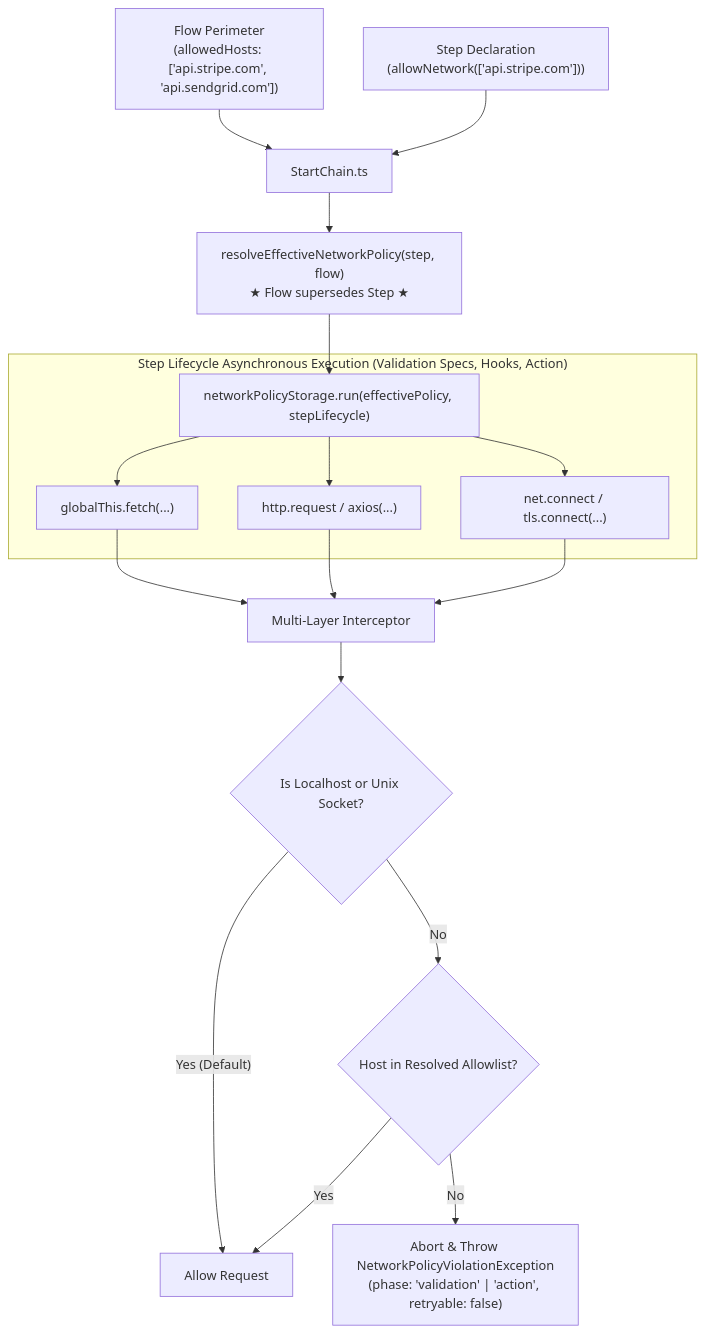
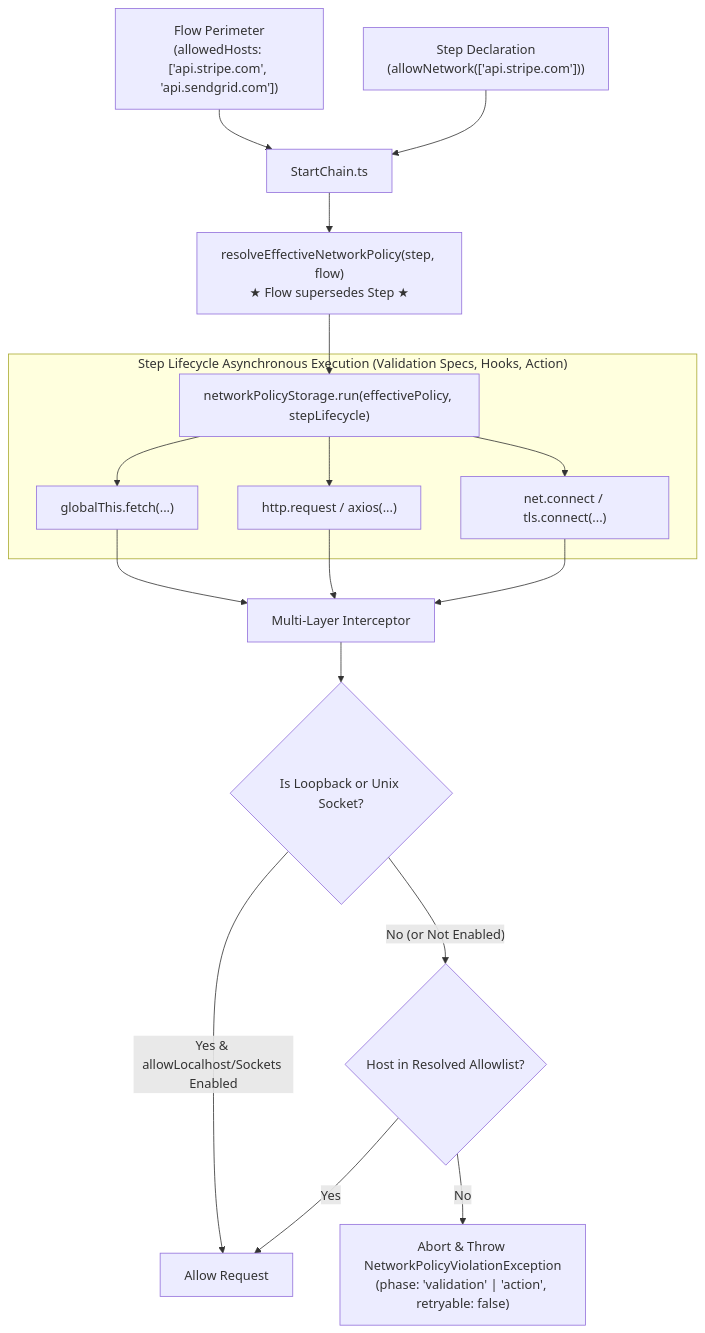
The diagram in docs/network-egress-policy.md (jsoftgem/siglo), drawn with Mermaid before and after one commit. The commit also changed other lines of this file and 78 other files, not shown here.

````diff
--- a/docs/network-egress-policy.md
+++ b/docs/network-egress-policy.md
@@ -30,25 +35,25 @@
 ```mermaid
 flowchart TD
     Flow["Flow Perimeter<br/>(allowedHosts: ['api.stripe.com', 'api.sendgrid.com'])"] --> StartChain["StartChain.ts"]
     Step["Step Declaration<br/>(allowNetwork(['api.stripe.com']))"] --> StartChain
 
     StartChain --> Resolver["resolveEffectiveNetworkPolicy(step, flow)<br/>★ Flow supersedes Step ★"]
     Resolver --> ASL["networkPolicyStorage.run(effectivePolicy, stepLifecycle)"]
 
     subgraph StepExecution ["Step Lifecycle Asynchronous Execution (Validation Specs, Hooks, Action)"]
         ASL --> Fetch["globalThis.fetch(...)"]
         ASL --> HttpReq["http.request / axios(...)"]
         ASL --> SocketConn["net.connect / tls.connect(...)"]
     end
 
     Fetch --> Interceptors["Multi-Layer Interceptor"]
     HttpReq --> Interceptors
     SocketConn --> Interceptors
 
-    Interceptors --> IsLocal{"Is Localhost or Unix Socket?"}
-    IsLocal -- "Yes (Default)" --> Allow["Allow Request"]
-    IsLocal -- "No" --> CheckAllowlist{"Host in Resolved Allowlist?"}
+    Interceptors --> IsLocal{"Is Loopback or Unix Socket?"}
+    IsLocal -- "Yes & allowLocalhost/Sockets Enabled" --> Allow["Allow Request"]
+    IsLocal -- "No (or Not Enabled)" --> CheckAllowlist{"Host in Resolved Allowlist?"}
 
     CheckAllowlist -- "Yes" --> Allow
     CheckAllowlist -- "No" --> Block["Abort & Throw NetworkPolicyViolationException<br/>(phase: 'validation' | 'action', retryable: false)"]
 ```
````
